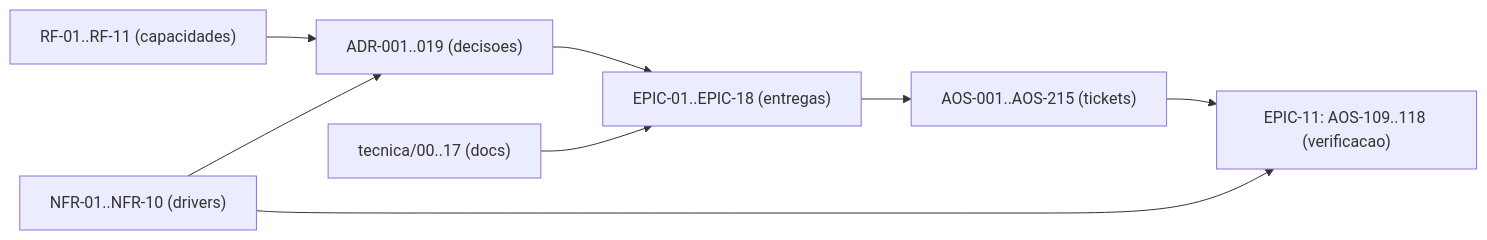
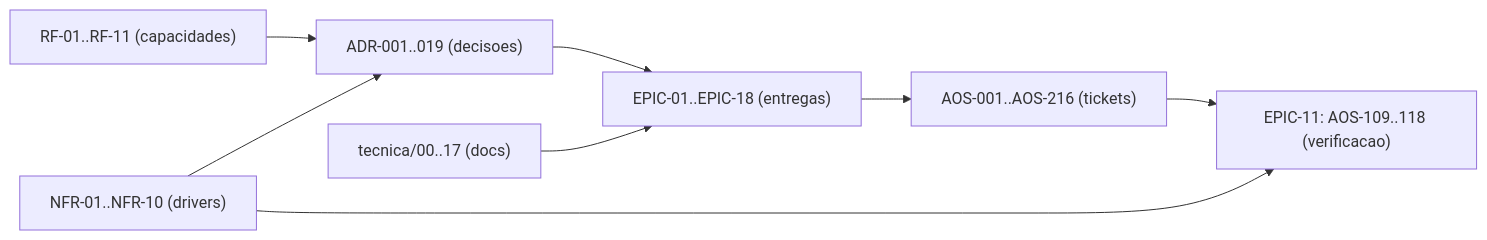
The diagram in tecnica/16_Rastreabilidade_RTM.md (albinoJimy/aos), drawn with Mermaid before and after one commit. The commit also changed other lines of this file and 1 other file, not shown here.

First line of the commit message:
docs(AOS-216): formalizar a porta de envelope WrapDEK/UnwrapDEK p/ HSM (DEF-302, EPIC-18)

````diff
--- a/tecnica/16_Rastreabilidade_RTM.md
+++ b/tecnica/16_Rastreabilidade_RTM.md
@@ -169,10 +169,10 @@
 ```mermaid
 flowchart LR
     RF["RF-01..RF-11 (capacidades)"] --> ADR["ADR-001..019 (decisoes)"]
     NFR["NFR-01..NFR-10 (drivers)"] --> ADR
     ADR --> EPIC["EPIC-01..EPIC-18 (entregas)"]
-    EPIC --> TICK["AOS-001..AOS-215 (tickets)"]
+    EPIC --> TICK["AOS-001..AOS-216 (tickets)"]
     DOC["tecnica/00..17 (docs)"] --> EPIC
     TICK --> TEST["EPIC-11: AOS-109..118 (verificacao)"]
     NFR --> TEST
 ```
````
